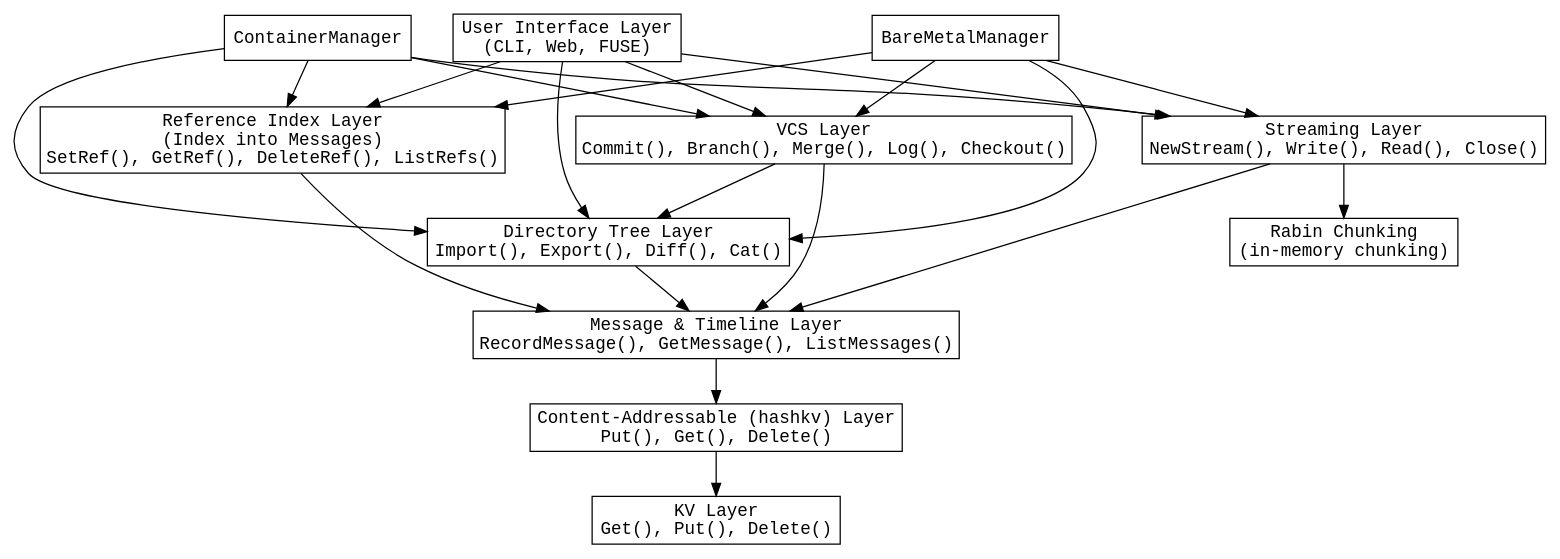
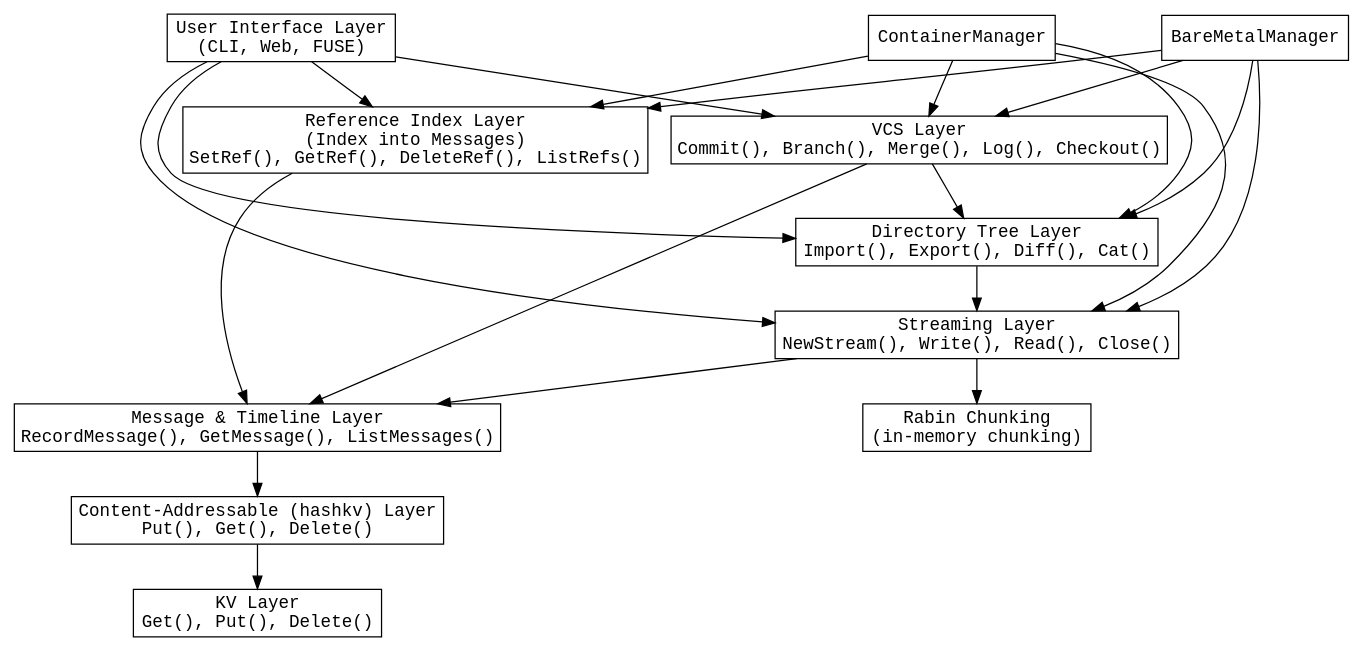
The diagram in x/layers.dot (stevegt/promisebase), drawn with Graphviz before and after one commit. The commit also changed 2 other files, not shown here.

Commit message:
Update layered architecture docs and layers.dot
x/discussion.md:
- Remove redundant whitespace.
- Insert updated instructions for aligning layers.md with layers.dot.

x/layers.dot:
- Change the DirTree edge to point to Stream instead of MsgTimeline.

x/layers.md:
- Redefine the architecture according to the “everything’s a message” model.
- Update dependency ordering and layer responsibilities.
- Clarify call flow from UI through VCS, DirTree, Stream, Refs to Message and below.

```diff
--- a/x/layers.dot
+++ b/x/layers.dot
@@ -1,51 +1,51 @@
 /* This graph illustrates the layered architecture for
 Promisebase with "everything's a message" call flow.
 Each node represents a module or layer and edges
 indicate call dependencies. */
 digraph Layers {
   rankdir=TB;
   node [shape=box, style=filled, fillcolor=white,
     fontname="monospace"];
 
   UI [label="User Interface Layer\n(CLI, Web, FUSE)"];
   MsgTimeline [label="Message & Timeline Layer\nRecordMessage(), GetMessage(), ListMessages()"];
   VCS [label="VCS Layer\nCommit(), Branch(), Merge(), Log(), Checkout()"];
   DirTree [label="Directory Tree Layer\nImport(), Export(), Diff(), Cat()"];
   Stream [label="Streaming Layer\nNewStream(), Write(), Read(), Close()"];
   Refs [label="Reference Index Layer\n(Index into Messages)\nSetRef(), GetRef(), DeleteRef(), ListRefs()"];
   HashKV [label="Content-Addressable (hashkv) Layer\nPut(), Get(), Delete()"];
   KV [label="KV Layer\nGet(), Put(), Delete()"];
   Rabin [label="Rabin Chunking\n(in-memory chunking)"];
 
   // New call flow: UI → [VCS, DirTree, Stream, Refs] → Message → HashKV → KV
   UI -> VCS;
   UI -> DirTree;
   UI -> Stream;
   UI -> Refs;
   
   VCS -> MsgTimeline;
   VCS -> DirTree;
-  DirTree -> MsgTimeline;
+  DirTree -> Stream;
   Stream -> MsgTimeline;
   Refs -> MsgTimeline;
   
   MsgTimeline -> HashKV;
   HashKV -> KV;
   
   // Stream still uses Rabin for chunking
   Stream -> Rabin;
 
   // ContainerManager is a k8s replacement
   ContainerManager -> VCS;
   ContainerManager -> DirTree;
   ContainerManager -> Stream;
   ContainerManager -> Refs;
 
   // BareMetalManager is a replacement for legacy DevOps tools
   BareMetalManager -> VCS;
   BareMetalManager -> DirTree;
   BareMetalManager -> Stream;
   BareMetalManager -> Refs;
 
 
 }
```
